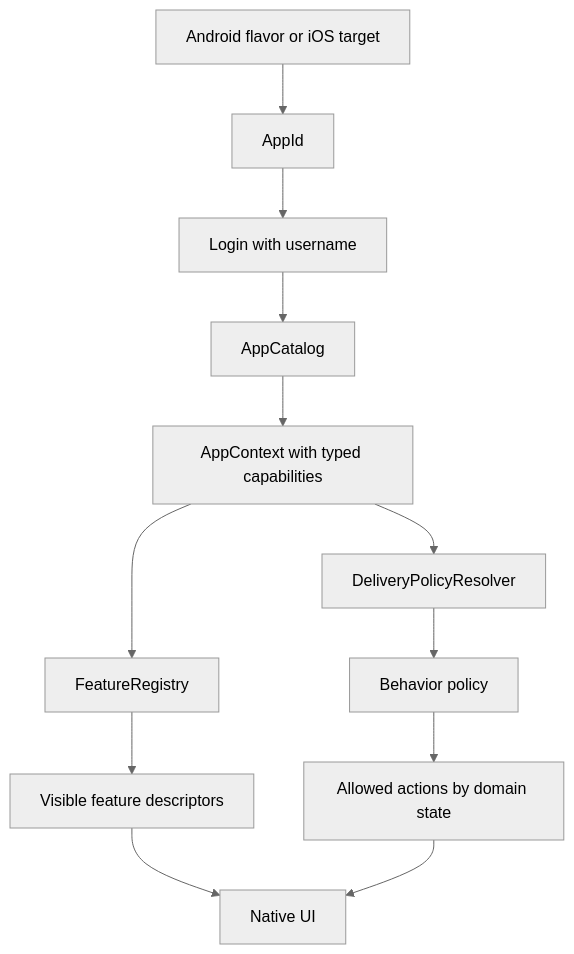
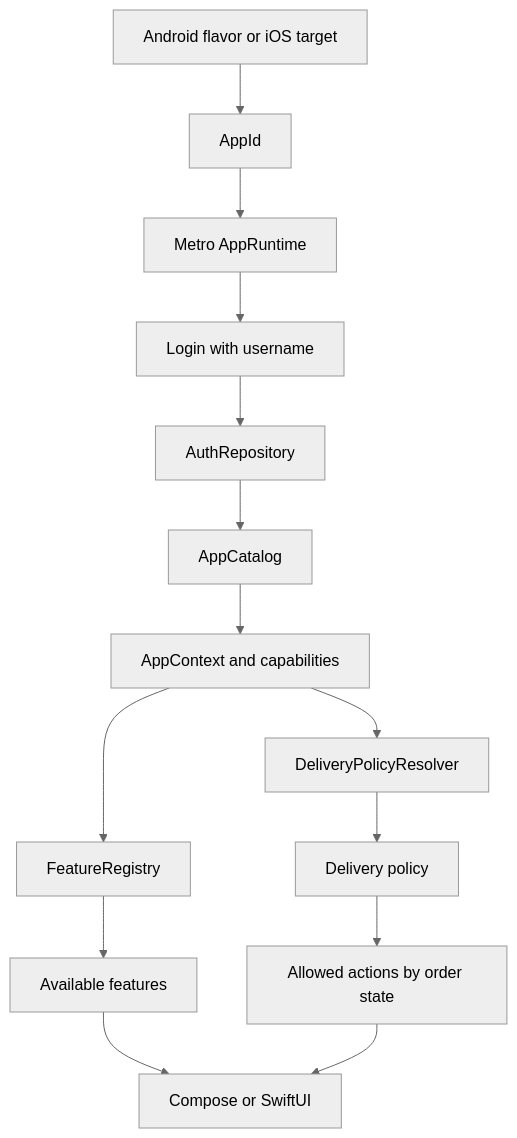
Before and after one commit to a-e-s-h-m-a/kmp-multi-app: the first of 2 diagrams in README.md, drawn with Mermaid (neutral theme). The commit also changed other lines of this file, not shown here.

Commit message:
docs: clarify current multi-app architecture

````diff
--- a/README.md
+++ b/README.md
@@ -91,14 +30,16 @@
 ```mermaid
 flowchart TD
     Product["Android flavor or iOS target"] --> AppId["AppId"]
-    AppId --> Login["Login with username"]
-    Login --> Catalog["AppCatalog"]
-    Catalog --> Context["AppContext with typed capabilities"]
-    Context --> FeatureRegistry["FeatureRegistry"]
-    Context --> PolicyResolver["DeliveryPolicyResolver"]
-    FeatureRegistry --> VisibleFeatures["Visible feature descriptors"]
-    PolicyResolver --> BehaviorPolicy["Behavior policy"]
-    BehaviorPolicy --> AllowedActions["Allowed actions by domain state"]
-    VisibleFeatures --> UI["Native UI"]
-    AllowedActions --> UI
+    AppId --> Runtime["Metro AppRuntime"]
+    Runtime --> Login["Login with username"]
+    Login --> Auth["AuthRepository"]
+    Auth --> Catalog["AppCatalog"]
+    Catalog --> Context["AppContext and capabilities"]
+    Context --> Registry["FeatureRegistry"]
+    Context --> Resolver["DeliveryPolicyResolver"]
+    Registry --> Features["Available features"]
+    Resolver --> Policy["Delivery policy"]
+    Policy --> Actions["Allowed actions by order state"]
+    Features --> UI["Compose or SwiftUI"]
+    Actions --> UI
 ```
````
